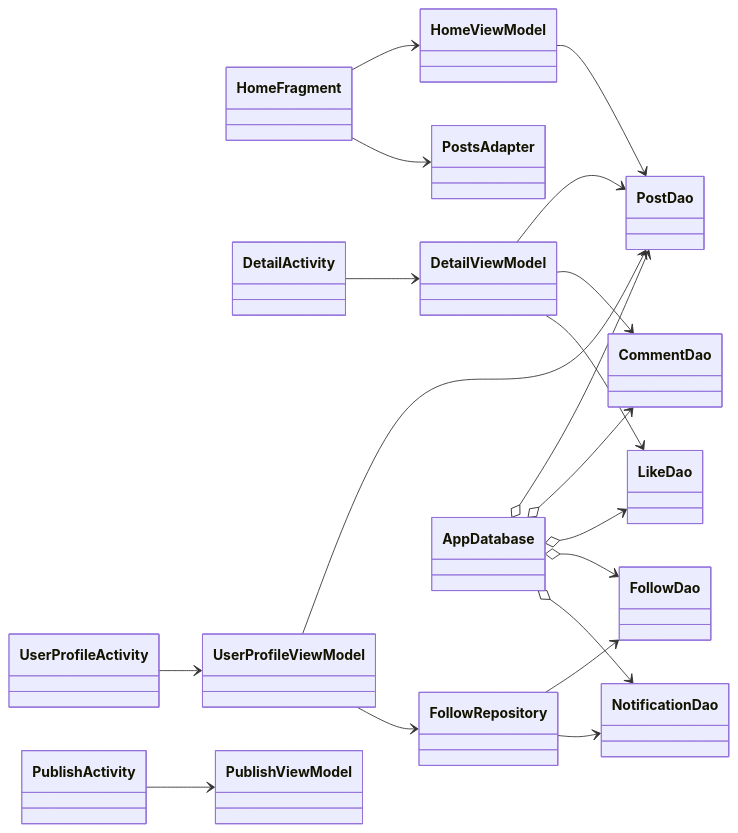
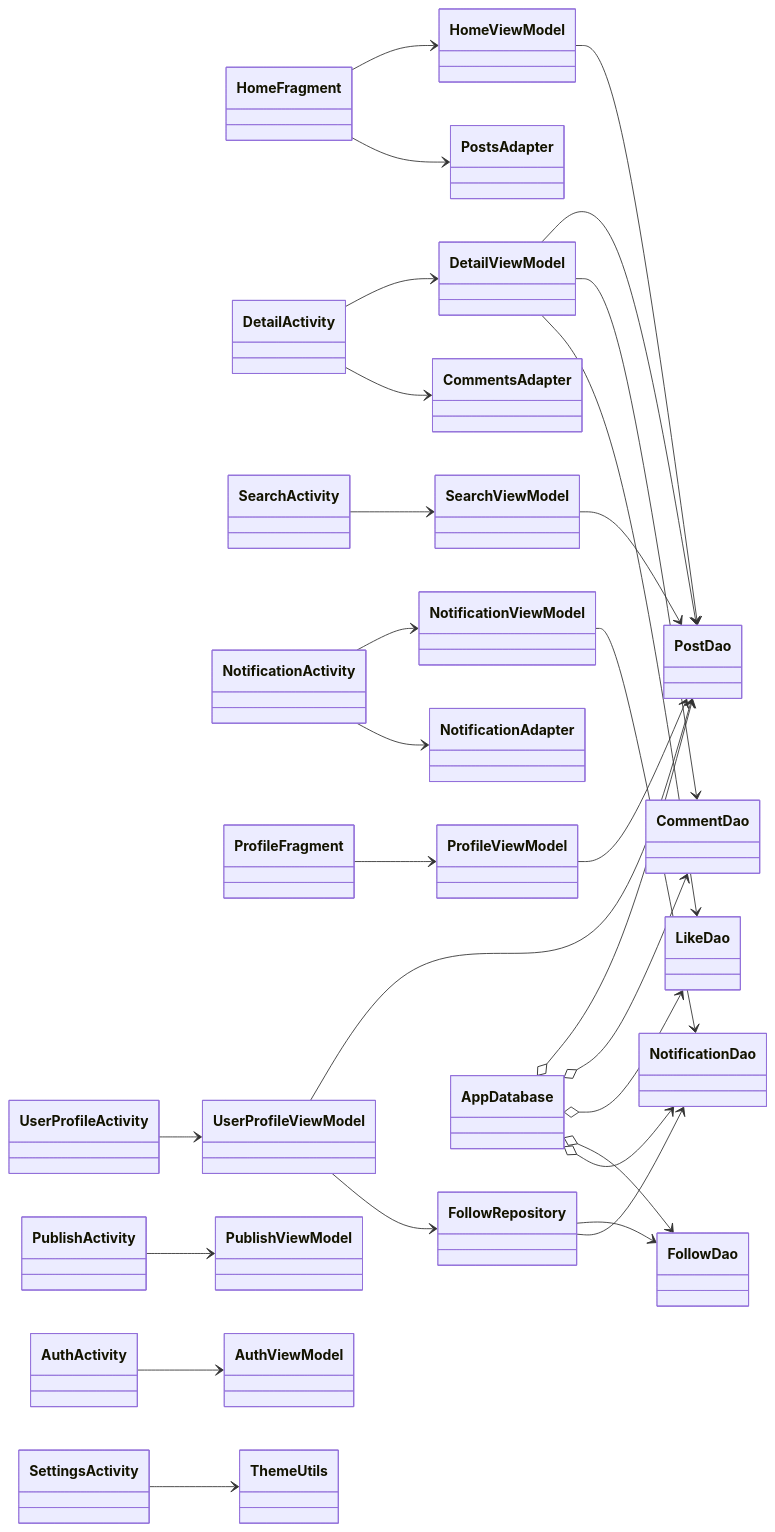
The second of 3 diagrams in README.md (herbit2004/UGCdemo), drawn with Mermaid before and after one commit. The commit also changed other lines of this file, not shown here.

````diff
--- a/README.md
+++ b/README.md
@@ -197,42 +197,68 @@
 ```mermaid
 classDiagram
     direction LR
     class HomeFragment
     class DetailActivity
     class PublishActivity
     class UserProfileActivity
+    class SearchActivity
+    class NotificationActivity
+    class ProfileFragment
+    class SettingsActivity
+    class AuthActivity
+
     class PostsAdapter
+    class CommentsAdapter
+    class NotificationAdapter
+
     class HomeViewModel
     class DetailViewModel
     class PublishViewModel
     class UserProfileViewModel
+    class SearchViewModel
+    class NotificationViewModel
+    class ProfileViewModel
+    class AuthViewModel
+
     class PostDao
     class CommentDao
     class LikeDao
     class FollowDao
     class NotificationDao
     class FollowRepository
     class AppDatabase
+    class ThemeUtils
 
     HomeFragment --> HomeViewModel
     DetailActivity --> DetailViewModel
     PublishActivity --> PublishViewModel
     UserProfileActivity --> UserProfileViewModel
+    SearchActivity --> SearchViewModel
+    NotificationActivity --> NotificationViewModel
+    ProfileFragment --> ProfileViewModel
+    AuthActivity --> AuthViewModel
+    SettingsActivity --> ThemeUtils
+
     HomeFragment --> PostsAdapter
+    DetailActivity --> CommentsAdapter
+    NotificationActivity --> NotificationAdapter
 
     HomeViewModel --> PostDao
     DetailViewModel --> PostDao
     DetailViewModel --> CommentDao
     DetailViewModel --> LikeDao
     UserProfileViewModel --> PostDao
     UserProfileViewModel --> FollowRepository
+    SearchViewModel --> PostDao
+    NotificationViewModel --> NotificationDao
+    ProfileViewModel --> PostDao
 
     FollowRepository --> FollowDao
     FollowRepository --> NotificationDao
 
     AppDatabase o--> PostDao
     AppDatabase o--> CommentDao
     AppDatabase o--> LikeDao
     AppDatabase o--> FollowDao
     AppDatabase o--> NotificationDao
 ```
````
